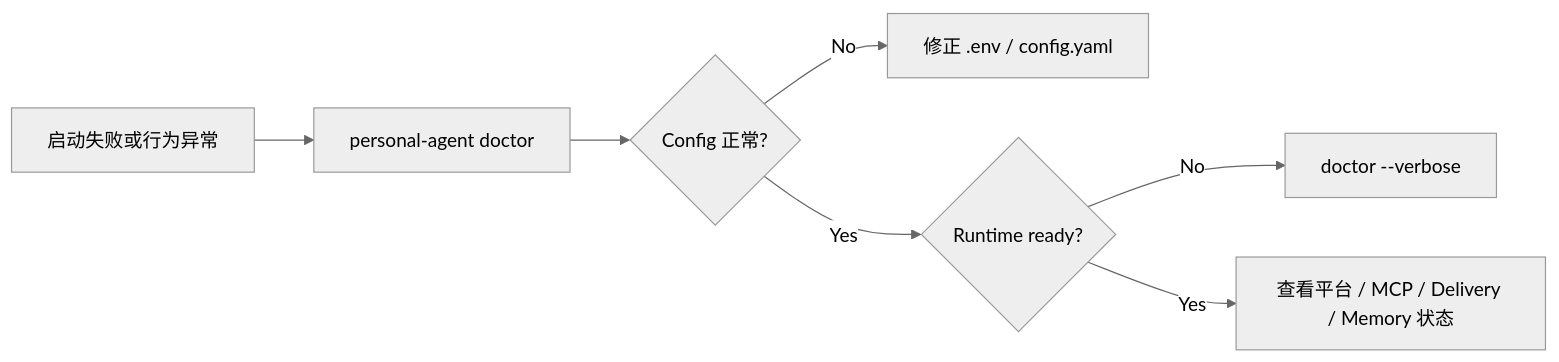
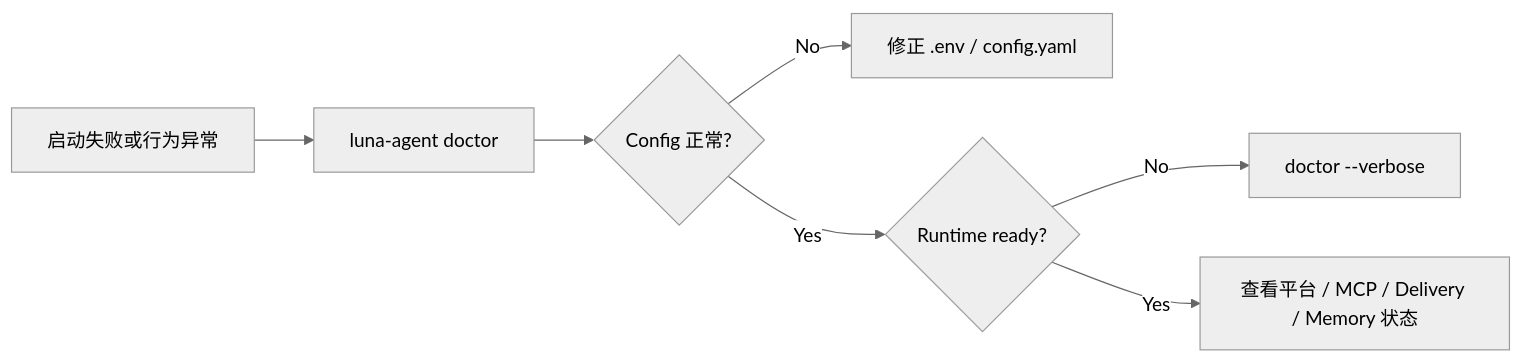
One commit to sjs126y/luna-agent changed the diagram in docs/operations.md. Above: the diagram before and after it, drawn with Mermaid (neutral theme). The commit also changed other lines of this file and 20 other files, not shown here.

Commit message:
Refresh Luna Agent documentation

````diff
--- a/docs/operations.md
+++ b/docs/operations.md
@@ -26,9 +26,9 @@
 ```mermaid
 flowchart LR
-    Start[启动失败或行为异常] --> Doctor[personal-agent doctor]
+    Start[启动失败或行为异常] --> Doctor[luna-agent doctor]
     Doctor --> Config{Config 正常?}
     Config -- No --> Fix[修正 .env / config.yaml]
     Config -- Yes --> Runtime{Runtime ready?}
     Runtime -- No --> Detail[doctor --verbose]
     Runtime -- Yes --> Logs[查看平台 / MCP / Delivery / Memory 状态]
 ```
````
